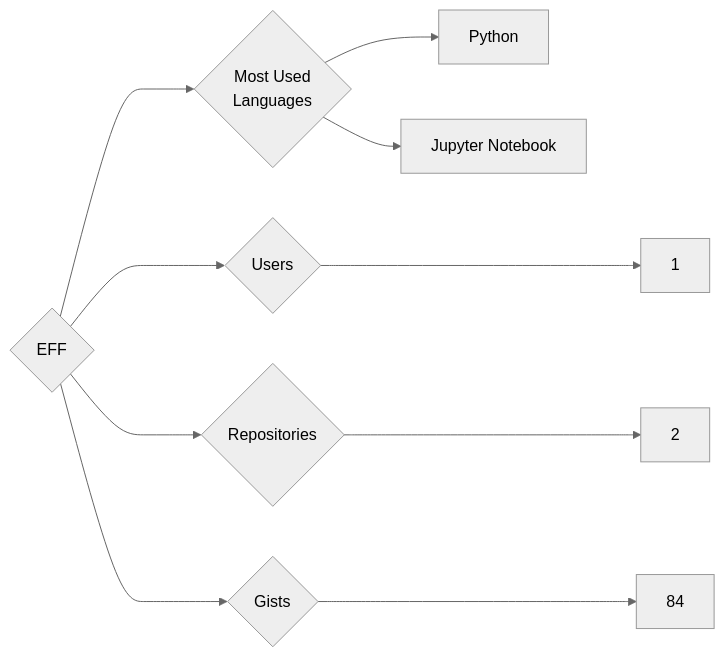
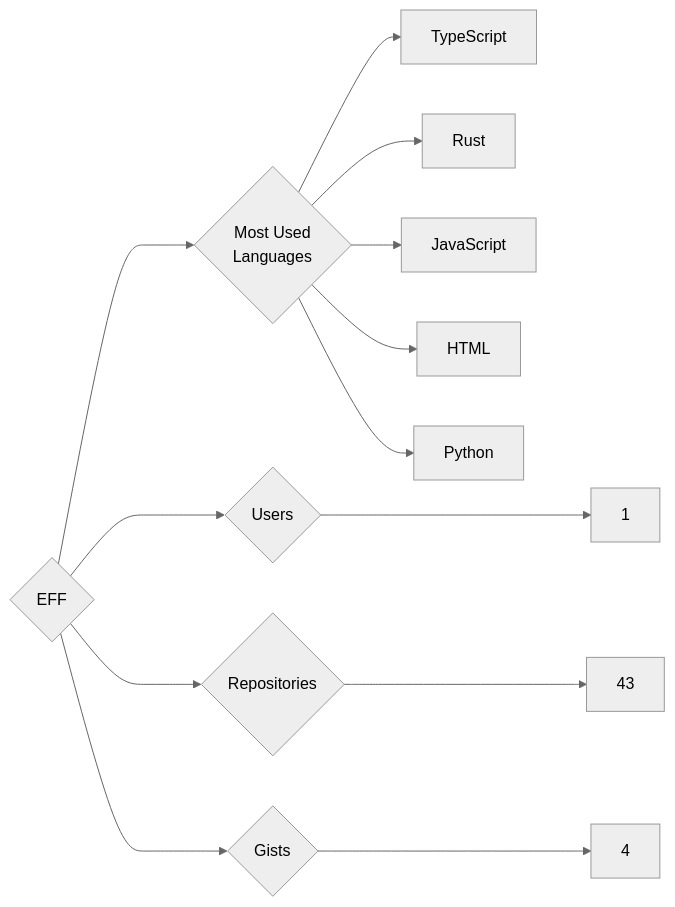
One commit to trickest/insiders changed the diagram in targets/EFF/README.md. Above: the diagram before and after it, drawn with Mermaid (neutral theme). The commit also changed 873 other files, not shown here.

````diff
--- a/targets/EFF/README.md
+++ b/targets/EFF/README.md
@@ -3,10 +3,13 @@
 ```mermaid
 graph LR
 COMPANY_NAME{EFF}
 COMPANY_NAME ---> U{Users} ---> UN[1]
-COMPANY_NAME ---> R{Repositories} ---> RN[2]
-COMPANY_NAME ---> G{Gists} ---> GN[84]
+COMPANY_NAME ---> R{Repositories} ---> RN[43]
+COMPANY_NAME ---> G{Gists} ---> GN[4]
 COMPANY_NAME ---> ML{Most Used<br>Languages}
+ML --> TypeScript[TypeScript]
+ML --> Rust[Rust]
+ML --> JavaScript[JavaScript]
+ML --> HTML[HTML]
 ML --> Python[Python]
-ML --> Jupyter_Notebook[Jupyter Notebook]
 ```
````
